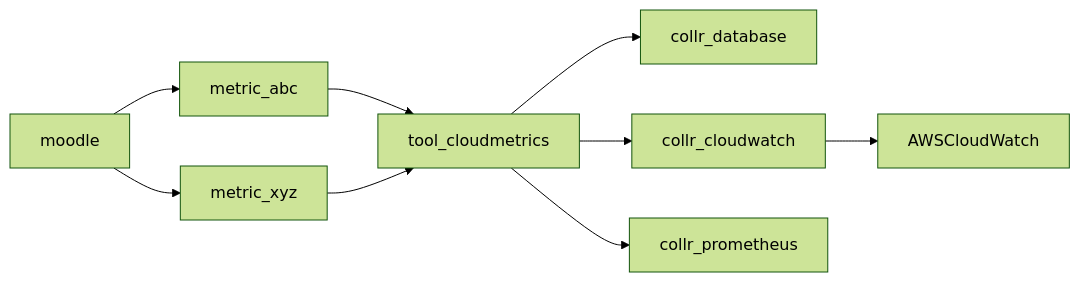
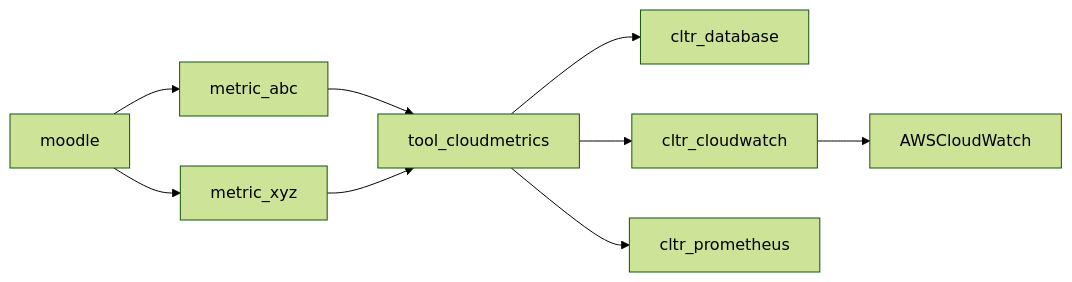
The diagram in README.md (brendanheywood/moodle-tool_cloudmetrics), drawn with Mermaid (forest theme) before and after one commit.

````diff
--- a/README.md
+++ b/README.md
@@ -30,11 +30,11 @@
 ```mermaid
   graph LR;
       moodle-->metric_abc;
       moodle-->metric_xyz;
       metric_abc-->tool_cloudmetrics
       metric_xyz-->tool_cloudmetrics
-      tool_cloudmetrics-->collr_database;
-      tool_cloudmetrics-->collr_cloudwatch;
-      tool_cloudmetrics-->collr_prometheus;
-      collr_cloudwatch-->AWSCloudWatch;
+      tool_cloudmetrics-->cltr_database;
+      tool_cloudmetrics-->cltr_cloudwatch;
+      tool_cloudmetrics-->cltr_prometheus;
+      cltr_cloudwatch-->AWSCloudWatch;
 ```
````
